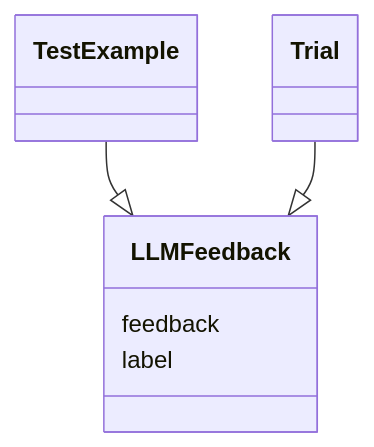
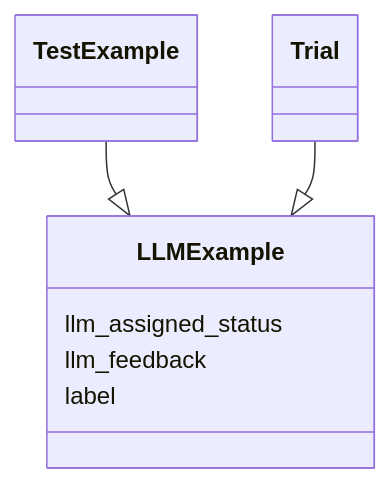
One commit to empirical-org/Empirical-Core changed the fourth of 5 diagrams in services/QuillLMS/engines/evidence/app/models/evidence/research/readme.md. Above: the diagram before and after it, drawn with Mermaid. The commit also changed other lines of this file and 105 other files, not shown here.

First line of the commit message:
GenAI Reorg Part 8:  Update Trial and LLMPrompt schemas (#11963)

````diff
--- a/services/QuillLMS/engines/evidence/app/models/evidence/research/readme.md
+++ b/services/QuillLMS/engines/evidence/app/models/evidence/research/readme.md
@@ -89,13 +93,14 @@
 ```mermaid
 classDiagram
     class TestExample {
     }
-    class LLMFeedback {
-        feedback
+    class LLMExample {
+        llm_assigned_status
+        llm_feedback
         label
     }
     class Trial {
     }
-    TestExample --|> LLMFeedback
-    Trial --|> LLMFeedback
+    TestExample --|> LLMExample
+    Trial --|> LLMExample
 ```
````
